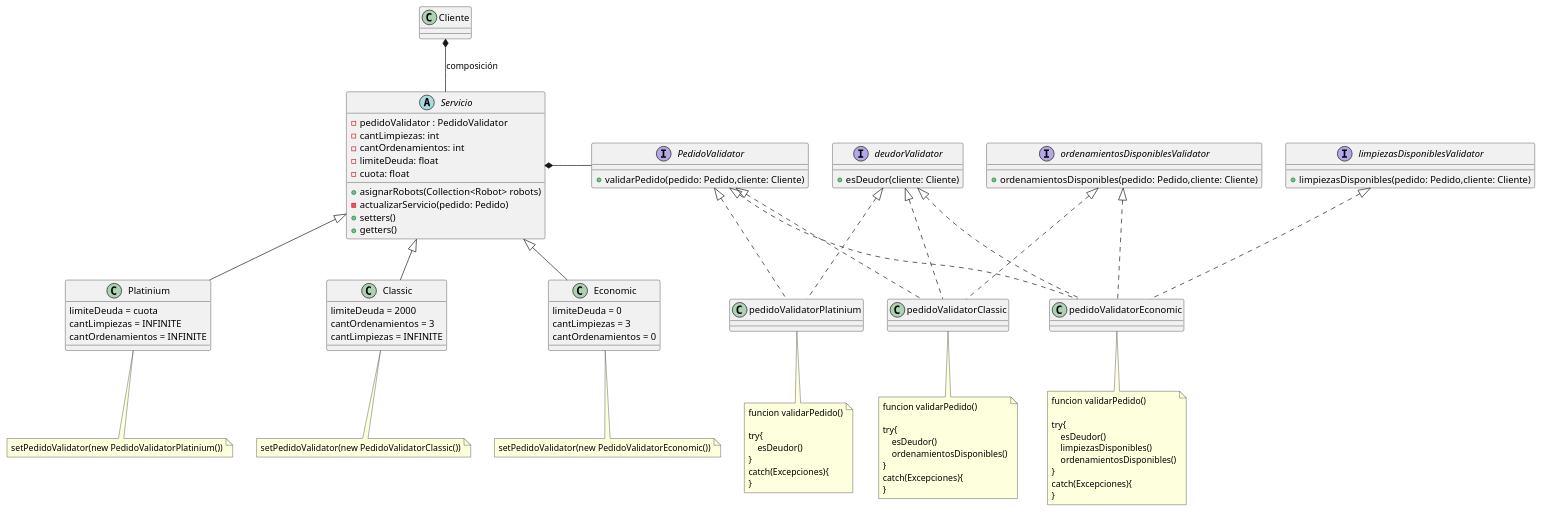
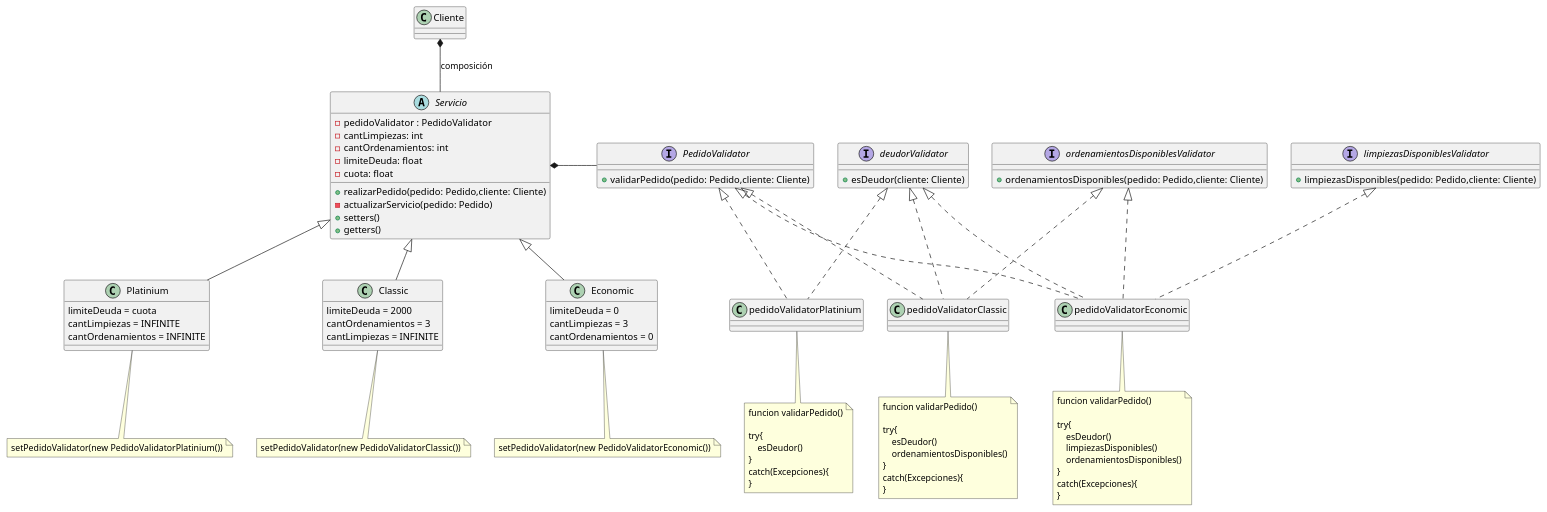
One commit to bacarvalho/TrabajoPractico changed the diagram in src/main/java/com/grupo4/trabajo/Diagramas/diagrama_clases_pedidoValidator.puml. Above: the diagram before and after it, drawn with PlantUML. The commit also changed 3 other files, not shown here.

```diff
--- a/src/main/java/com/grupo4/trabajo/Diagramas/diagrama_clases_pedidoValidator.puml
+++ b/src/main/java/com/grupo4/trabajo/Diagramas/diagrama_clases_pedidoValidator.puml
@@ -1,102 +1,102 @@
 @startuml
 'https://plantuml.com/class-diagram
 
 
 abstract class Servicio{
 - pedidoValidator : PedidoValidator
 - cantLimpiezas: int
 - cantOrdenamientos: int
 - limiteDeuda: float
  -cuota: float
 
-+asignarRobots(Collection<Robot> robots)
++realizarPedido(pedido: Pedido,cliente: Cliente)
 -actualizarServicio(pedido: Pedido)
 +setters()
 +getters()
 }
 
 class Platinium{
 limiteDeuda = cuota
 cantLimpiezas = INFINITE
 cantOrdenamientos = INFINITE
 }
 class Classic{
 limiteDeuda = 2000
 cantOrdenamientos = 3
 cantLimpiezas = INFINITE
 }
 
 class Economic{
 limiteDeuda = 0
 cantLimpiezas = 3
 cantOrdenamientos = 0
 }
 
 interface PedidoValidator{
 +validarPedido(pedido: Pedido,cliente: Cliente)
 }
 
 interface deudorValidator{
 +esDeudor(cliente: Cliente)
 }
 
 interface ordenamientosDisponiblesValidator{
 +ordenamientosDisponibles(pedido: Pedido,cliente: Cliente)
 }
 
 class pedidoValidatorEconomic implements PedidoValidator,deudorValidator,ordenamientosDisponiblesValidator,limpiezasDisponiblesValidator{
 
 }
 class pedidoValidatorClassic implements PedidoValidator,deudorValidator,ordenamientosDisponiblesValidator{
 }
 class pedidoValidatorPlatinium implements PedidoValidator,deudorValidator{
 }
 
 interface limpiezasDisponiblesValidator{
 +limpiezasDisponibles(pedido: Pedido,cliente: Cliente)
 }
 
 Servicio <|-- Platinium
 Servicio <|-- Classic
 Servicio <|-- Economic
 
 PedidoValidator -left-* Servicio
 Cliente *--  Servicio : composición
 
 note bottom of pedidoValidatorEconomic
     funcion validarPedido()
 
     try{
         esDeudor()
         limpiezasDisponibles()
         ordenamientosDisponibles()
     }
     catch(Excepciones){
     }
 end note
 
 note bottom of pedidoValidatorClassic
     funcion validarPedido()
 
     try{
         esDeudor()
         ordenamientosDisponibles()
     }
     catch(Excepciones){
     }
 end note
 
 note bottom of pedidoValidatorPlatinium
     funcion validarPedido()
 
     try{
         esDeudor()
     }
     catch(Excepciones){
     }
 end note
 
 note bottom of Platinium: setPedidoValidator(new PedidoValidatorPlatinium())
 note bottom of Classic: setPedidoValidator(new PedidoValidatorClassic())
 note bottom of Economic: setPedidoValidator(new PedidoValidatorEconomic())
 @enduml
```
